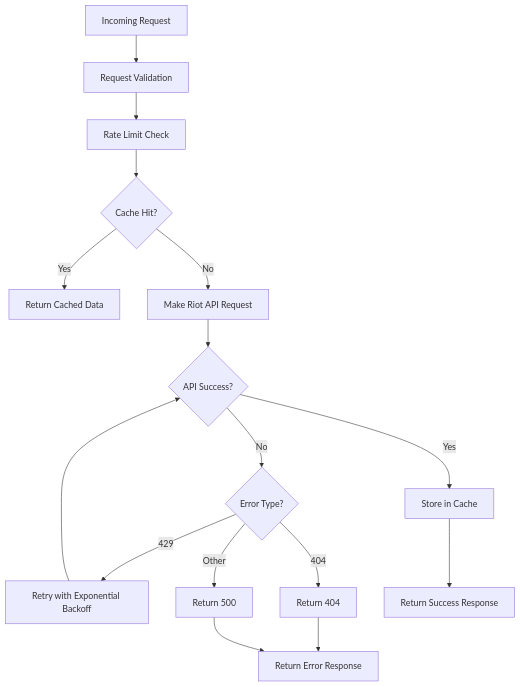
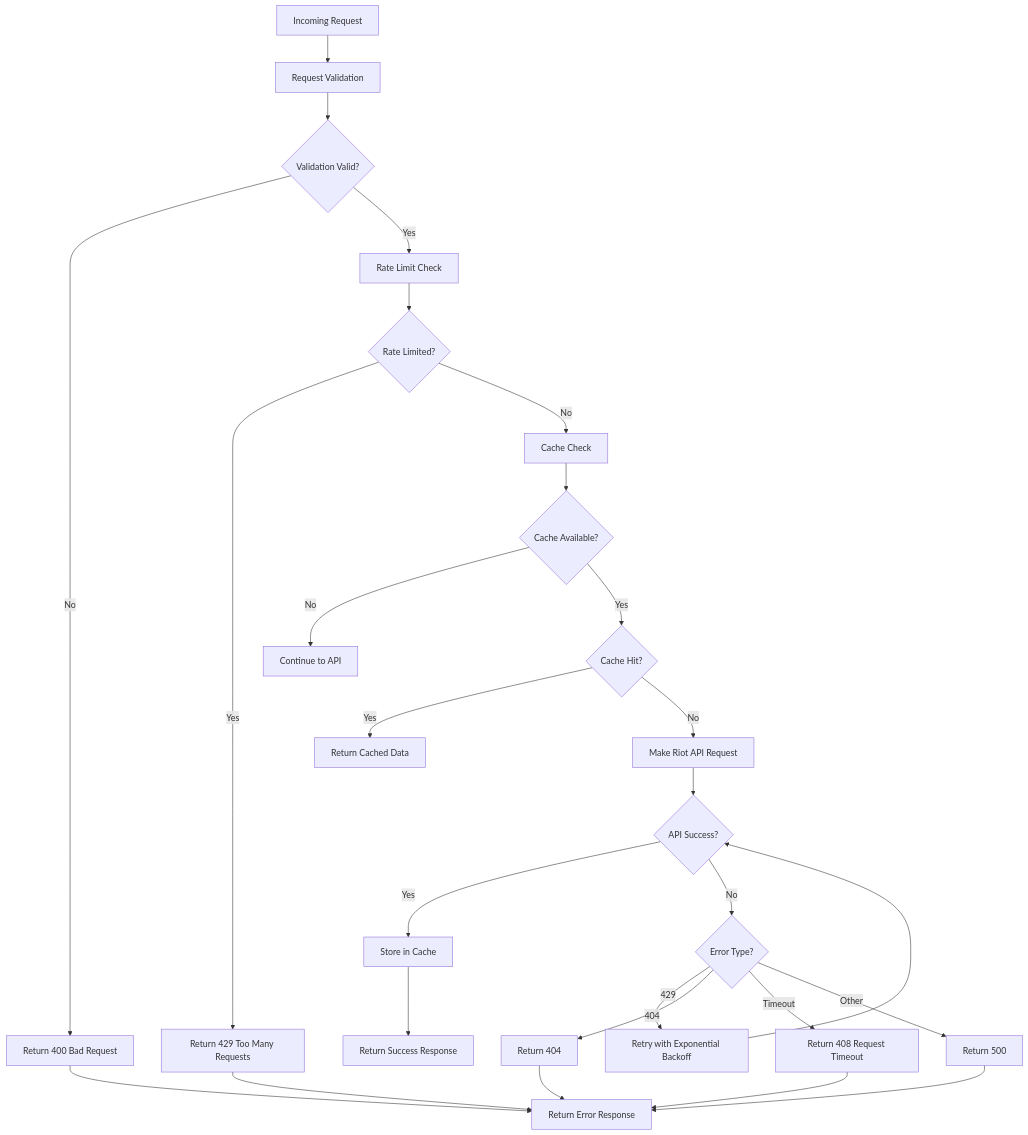
The fifth of 6 diagrams in docs/architecture/overview.md (OneStepAt4time/lolstonks-api-gateway), drawn with Mermaid before and after one commit. The commit also changed other lines of this file, not shown here.

First line of the commit message:
Fix architecture flowchart bugs in documentation

````diff
--- a/docs/architecture/overview.md
+++ b/docs/architecture/overview.md
@@ -236,22 +254,36 @@
 ```mermaid
 graph TD
     Request[Incoming Request] --> Validation[Request Validation]
-    Validation --> RateCheck[Rate Limit Check]
-    RateCheck --> CacheHit{Cache Hit?}
+    Validation --> ValidationError{Validation Valid?}
+
+    ValidationError -->|No| ValidationResponse[Return 400 Bad Request]
+    ValidationError -->|Yes| RateCheck[Rate Limit Check]
+
+    RateCheck --> RateError{Rate Limited?}
+    RateError -->|Yes| RateResponse[Return 429 Too Many Requests]
+    RateError -->|No| CacheCheck[Cache Check]
+
+    CacheCheck --> CacheError{Cache Available?}
+    CacheError -->|No| CacheFail[Continue to API]
+    CacheError -->|Yes| CacheHit{Cache Hit?}
 
     CacheHit -->|Yes| CachedResponse[Return Cached Data]
     CacheHit -->|No| APIRequest[Make Riot API Request]
 
-    APIRequest --> APISuccess{API Success?}
-    APISuccess -->|Yes| StoreCache[Store in Cache]
-    APISuccess -->|No| APIError{Error Type?}
+    APIRequest --> APIError{API Success?}
+    APIError -->|Yes| StoreCache[Store in Cache]
+    APIError -->|No| ErrorType{Error Type?}
 
-    APIError -->|429| RetryWithBackoff[Retry with Exponential Backoff]
-    APIError -->|404| NotFound[Return 404]
-    APIError -->|Other| ServerError[Return 500]
+    ErrorType -->|429| RetryWithBackoff[Retry with Exponential Backoff]
+    ErrorType -->|404| NotFound[Return 404]
+    ErrorType -->|Timeout| TimeoutError[Return 408 Request Timeout]
+    ErrorType -->|Other| ServerError[Return 500]
 
-    RetryWithBackoff --> APISuccess
+    RetryWithBackoff --> APIError
     StoreCache --> SuccessResponse[Return Success Response]
-    NotFound --> ErrorResponse[Return Error Response]
+    ValidationResponse --> ErrorResponse[Return Error Response]
+    RateResponse --> ErrorResponse
+    NotFound --> ErrorResponse
+    TimeoutError --> ErrorResponse
     ServerError --> ErrorResponse
 ```
````
